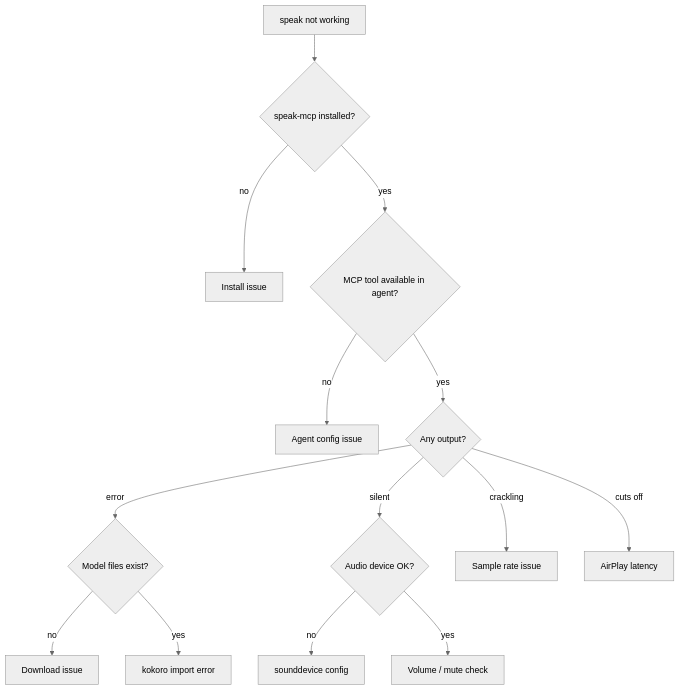
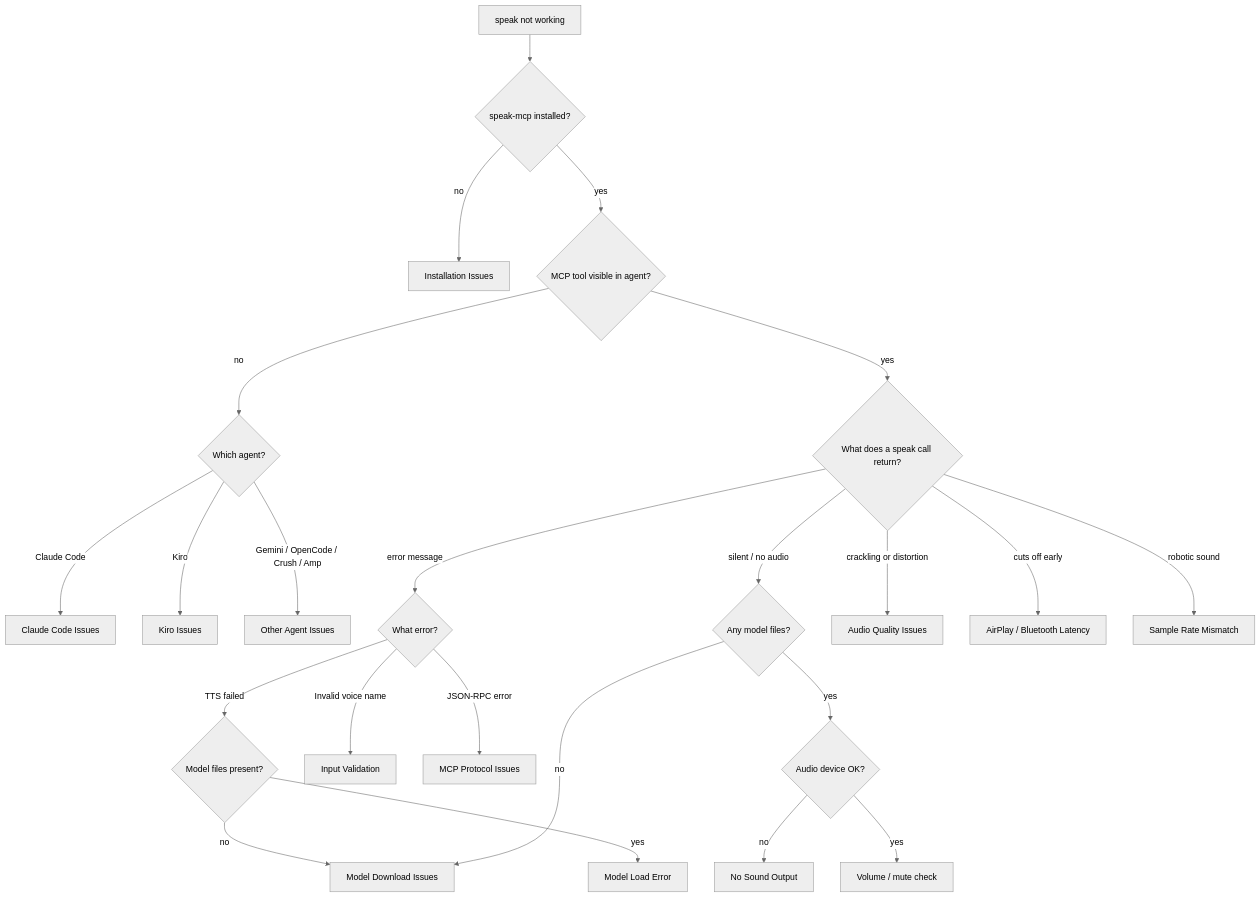
Before and after one commit to NetDevAutomate/Agent-Speaker: the first of 2 diagrams in docs/troubleshooting.md, drawn with Mermaid (neutral theme). The commit also changed other lines of this file and 7 other files, not shown here.

First line of the commit message:
docs: add C4 architecture, architecture deep-dive, runbook; rewrite codemap, use-cases, troubleshooting

````diff
--- a/docs/troubleshooting.md
+++ b/docs/troubleshooting.md
@@ -5,22 +23,42 @@
 ```mermaid
 flowchart TD
     A[speak not working] --> B{speak-mcp installed?}
-    B -->|no| C[Install issue]
-    B -->|yes| D{MCP tool available in agent?}
-    D -->|no| E[Agent config issue]
-    D -->|yes| F{Any output?}
-    F -->|error| G{Model files exist?}
-    F -->|silent| H{Audio device OK?}
-    F -->|crackling| I[Sample rate issue]
-    F -->|cuts off| J[AirPlay latency]
-    G -->|no| K[Download issue]
-    G -->|yes| L[kokoro import error]
-    H -->|no| M[sounddevice config]
-    H -->|yes| N[Volume / mute check]
+    B -->|no| C[Installation Issues]
+    B -->|yes| D{MCP tool visible in agent?}
+    D -->|no| E{Which agent?}
+    D -->|yes| F{What does a speak call return?}
 
-    click C "#speak-mcp-not-installed"
-    click E "#mcp-server-not-working"
-    click I "#crackling-audio"
-    click J "#airplay-latency"
-    click K "#model-download-fails"
+    E -->|Claude Code| E1[Claude Code Issues]
+    E -->|Kiro| E2[Kiro Issues]
+    E -->|Gemini / OpenCode / Crush / Amp| E3[Other Agent Issues]
+
+    F -->|error message| G{What error?}
+    F -->|silent / no audio| H{Any model files?}
+    F -->|crackling or distortion| I[Audio Quality Issues]
+    F -->|cuts off early| J[AirPlay / Bluetooth Latency]
+    F -->|robotic sound| K[Sample Rate Mismatch]
+
+    G -->|TTS failed| L{Model files present?}
+    G -->|Invalid voice name| M[Input Validation]
+    G -->|JSON-RPC error| N[MCP Protocol Issues]
+
+    L -->|no| O[Model Download Issues]
+    L -->|yes| P[Model Load Error]
+
+    H -->|no| O
+    H -->|yes| Q{Audio device OK?}
+    Q -->|no| R[No Sound Output]
+    Q -->|yes| S[Volume / mute check]
+
+    click C "#installation-issues"
+    click O "#model-download-issues"
+    click R "#no-sound-output"
+    click I "#audio-quality-issues"
+    click J "#airplay-and-bluetooth-latency"
+    click K "#sample-rate-mismatch"
+    click M "#input-validation-errors"
+    click N "#mcp-protocol-issues"
+    click E1 "#claude-code"
+    click E2 "#kiro-cli"
+    click E3 "#gemini--opencode--crush--amp"
 ```
````
